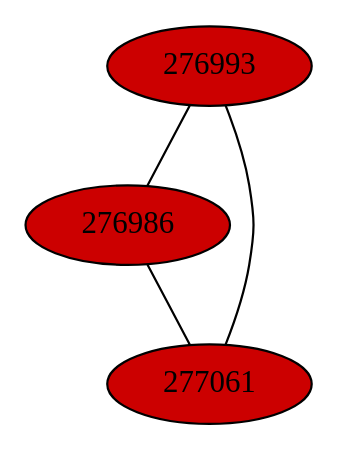
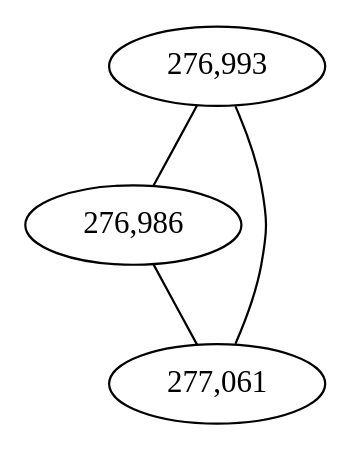
Before and after one commit to fedarko/sheepgut: the diagram in notebooks/graphs/BACTEROIDALES_cc8.gv, drawn with Graphviz. The commit also changed 59 other files, not shown here.

Commit message:
color lm graphs by gene #

```diff
--- a/notebooks/graphs/BACTEROIDALES_cc8.gv
+++ b/notebooks/graphs/BACTEROIDALES_cc8.gv
@@ -1,9 +1,9 @@
 graph BACTEROIDALES_cc8 {
 	K = 2.0;
-	276993 [style="filled", fillcolor="#cc0000"];
-	276986 [style="filled", fillcolor="#cc0000"];
-	277061 [style="filled", fillcolor="#cc0000"];
-	276993 -- 276986;
-	276993 -- 277061;
-	276986 -- 277061;
+	overlap="prism2";	"276,993" [style="filled", fillcolor="#ffffff", fontcolor="#000000"];
+	"276,986" [style="filled", fillcolor="#ffffff", fontcolor="#000000"];
+	"277,061" [style="filled", fillcolor="#ffffff", fontcolor="#000000"];
+	"276,993" -- "276,986";
+	"276,993" -- "277,061";
+	"276,986" -- "277,061";
 }
```
